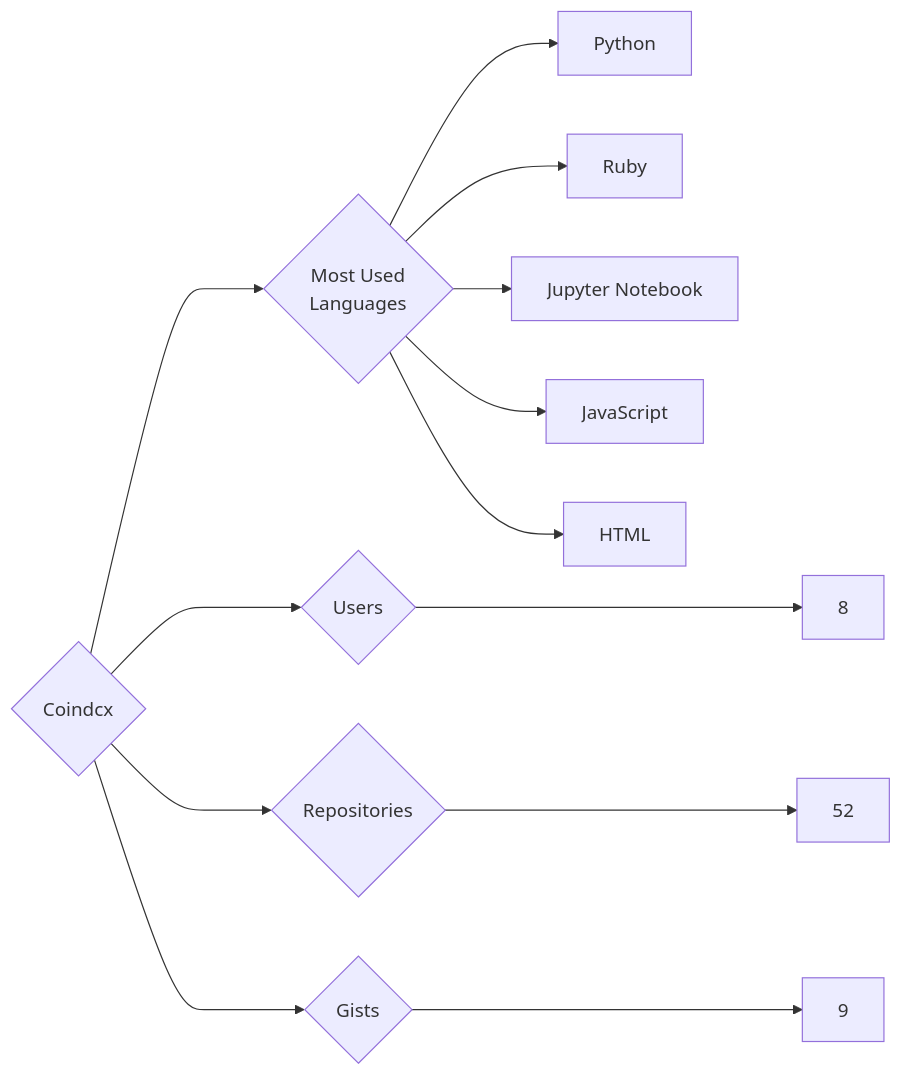
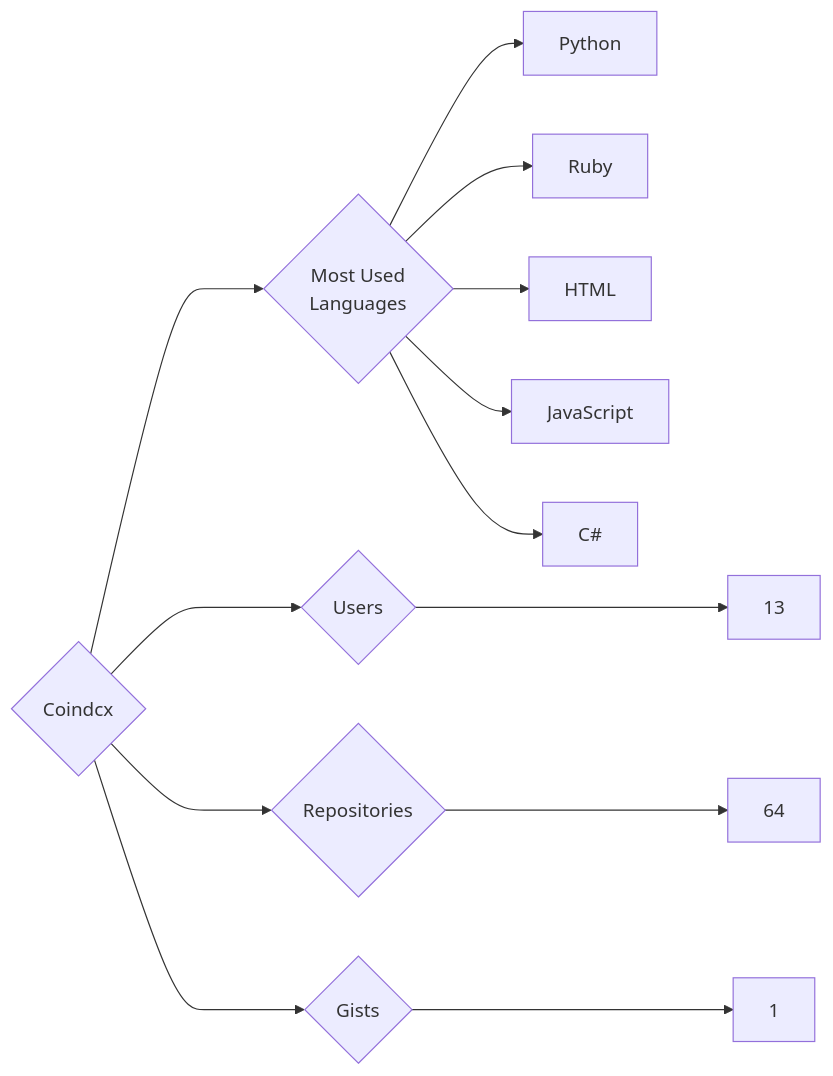
One commit to trickest/insiders changed the diagram in targets/Coindcx/README.md. Above: the diagram before and after it, drawn with Mermaid. The commit also changed 1212 other files, not shown here.

````diff
--- a/targets/Coindcx/README.md
+++ b/targets/Coindcx/README.md
@@ -3,13 +3,13 @@
 ```mermaid
 graph LR
 COMPANY_NAME{Coindcx}
-COMPANY_NAME ---> U{Users} ---> UN[8]
-COMPANY_NAME ---> R{Repositories} ---> RN[52]
-COMPANY_NAME ---> G{Gists} ---> GN[9]
+COMPANY_NAME ---> U{Users} ---> UN[13]
+COMPANY_NAME ---> R{Repositories} ---> RN[64]
+COMPANY_NAME ---> G{Gists} ---> GN[1]
 COMPANY_NAME ---> ML{Most Used<br>Languages}
 ML --> Python[Python]
 ML --> Ruby[Ruby]
-ML --> Jupyter_Notebook[Jupyter Notebook]
+ML --> HTML[HTML]
 ML --> JavaScript[JavaScript]
-ML --> HTML[HTML]
+ML --> C#[C#]
 ```
````
